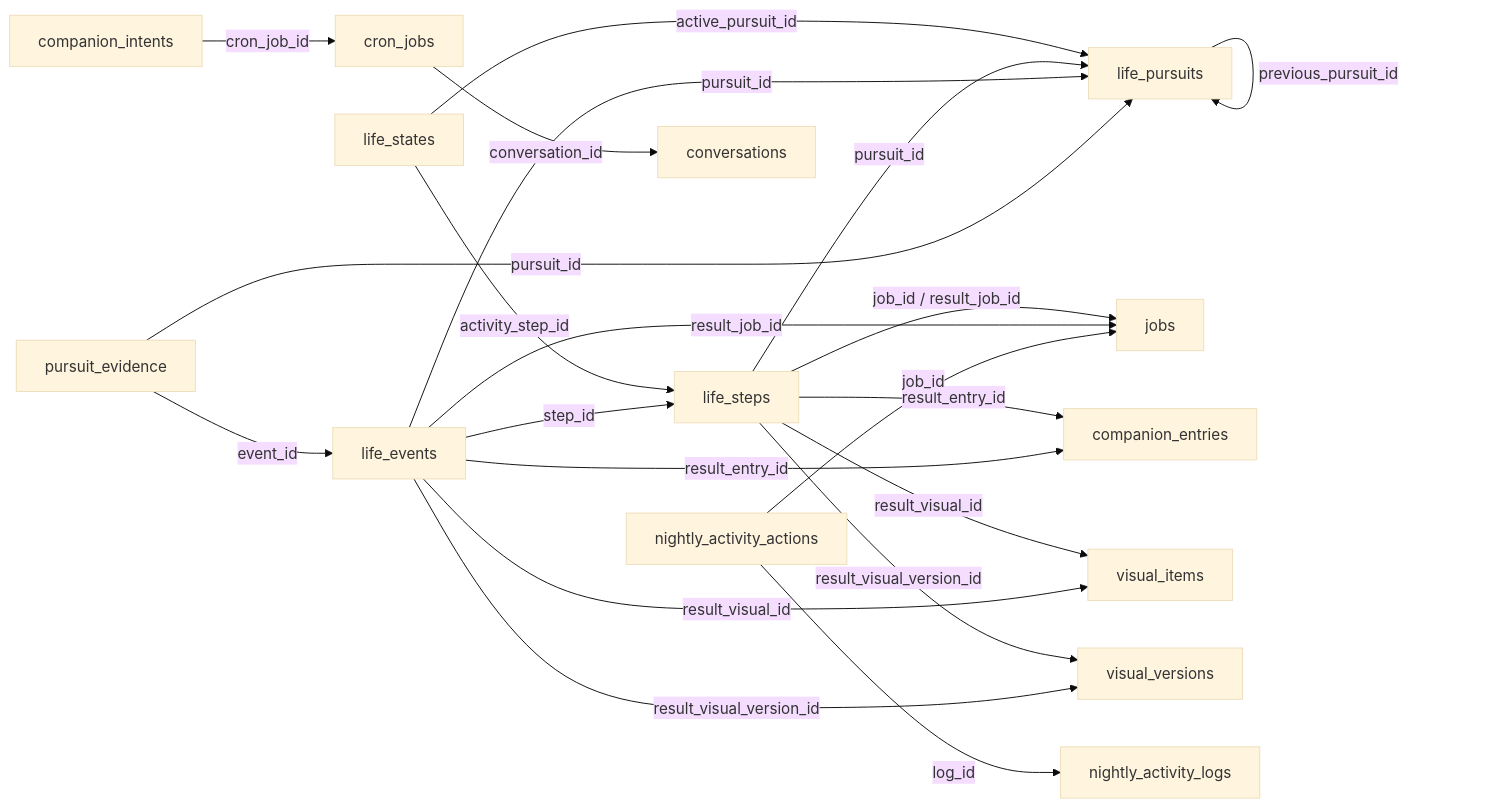
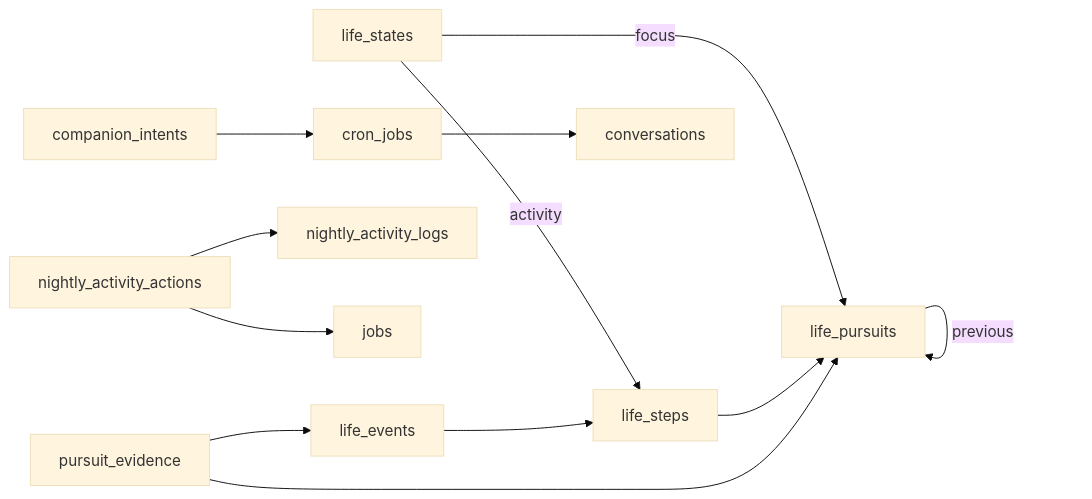
The seventh of 8 diagrams in docs/DATABASE.md (yangjinming1062/SpiritAgent), drawn with Mermaid (base theme) before and after one commit. The commit also changed other lines of this file and 36 other files, not shown here.

````diff
--- a/docs/DATABASE.md
+++ b/docs/DATABASE.md
@@ -153,23 +122,14 @@
 ```mermaid
 flowchart LR
-    life_states -->|active_pursuit_id| life_pursuits
-    life_states -->|activity_step_id| life_steps
-    life_pursuits -->|previous_pursuit_id| life_pursuits
-    life_steps -->|pursuit_id| life_pursuits
-    life_steps -->|job_id / result_job_id| jobs
-    life_steps -->|result_entry_id| companion_entries
-    life_steps -->|result_visual_id| visual_items
-    life_steps -->|result_visual_version_id| visual_versions
-    life_events -->|pursuit_id| life_pursuits
-    life_events -->|step_id| life_steps
-    life_events -->|result_job_id| jobs
-    life_events -->|result_entry_id| companion_entries
-    life_events -->|result_visual_id| visual_items
-    life_events -->|result_visual_version_id| visual_versions
-    pursuit_evidence -->|pursuit_id| life_pursuits
-    pursuit_evidence -->|event_id| life_events
-    nightly_activity_actions -->|log_id| nightly_activity_logs
-    nightly_activity_actions -->|job_id| jobs
-    cron_jobs -->|conversation_id| conversations
-    companion_intents -->|cron_job_id| cron_jobs
+    life_states -->|focus| life_pursuits
+    life_states -->|activity| life_steps
+    life_pursuits -->|previous| life_pursuits
+    life_steps --> life_pursuits
+    life_events --> life_steps
+    pursuit_evidence --> life_pursuits
+    pursuit_evidence --> life_events
+    nightly_activity_actions --> nightly_activity_logs
+    nightly_activity_actions --> jobs
+    cron_jobs --> conversations
+    companion_intents --> cron_jobs
 ```
````
